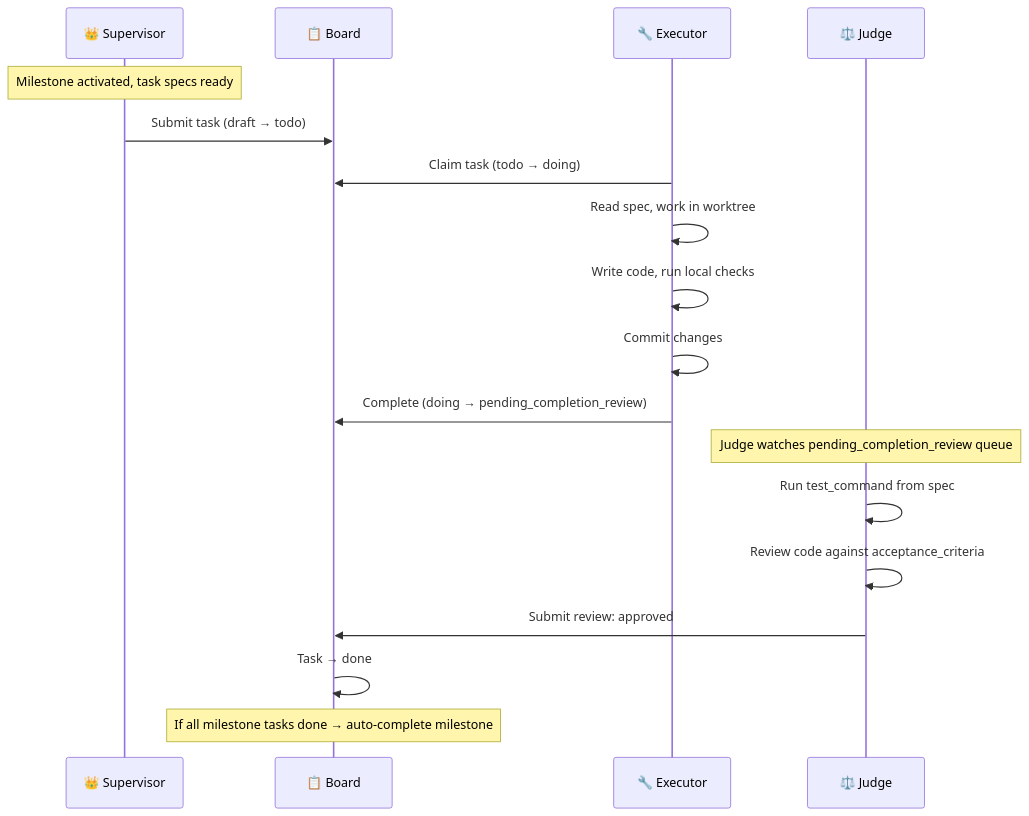
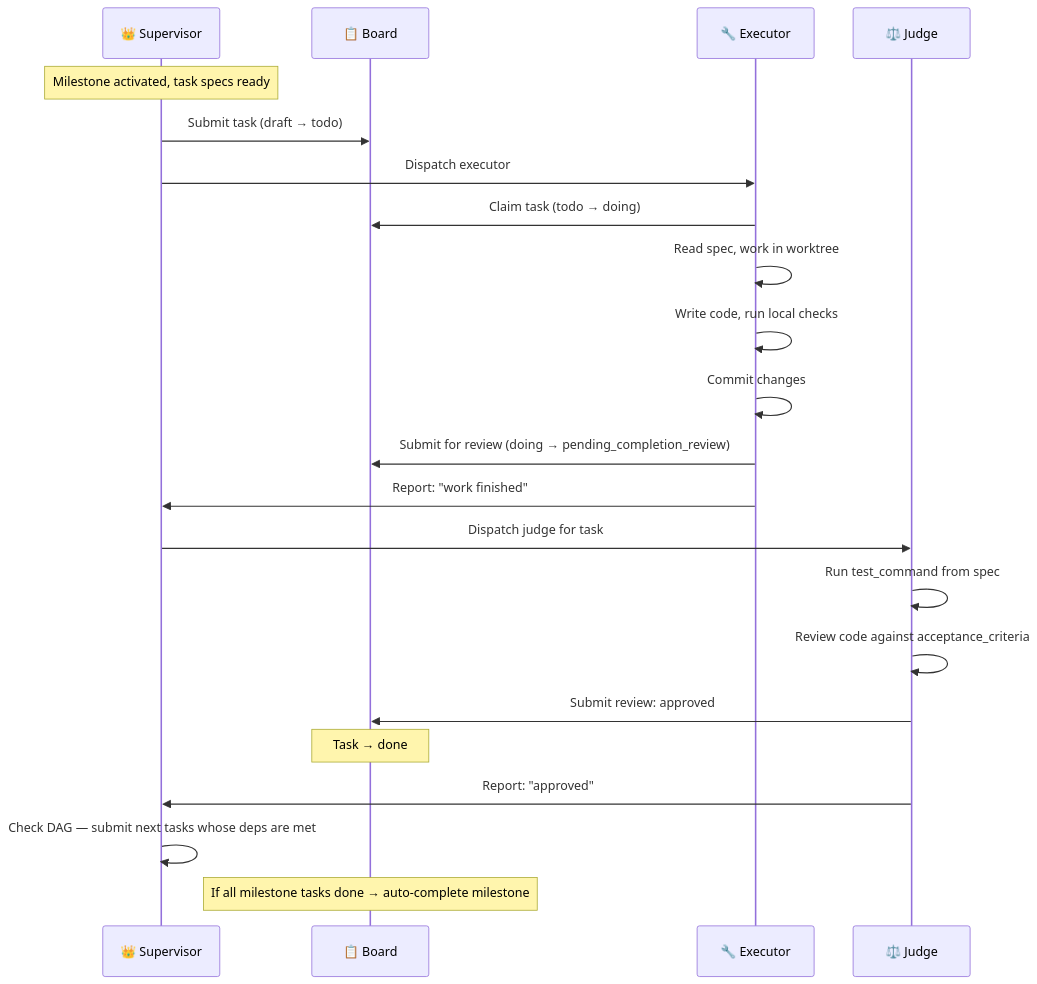
Before and after one commit to vilosource/vtaskforge: the second of 4 diagrams in docs/design/agent-execution-process-DESIGN.md, drawn with Mermaid. The commit also changed other lines of this file, not shown here.

First line of the commit message:
Fix agent execution diagrams: supervisor dispatches, never verifies

````diff
--- a/docs/design/agent-execution-process-DESIGN.md
+++ b/docs/design/agent-execution-process-DESIGN.md
@@ -98,25 +98,29 @@
 ```mermaid
 sequenceDiagram
     participant S as 👑 Supervisor
     participant B as 📋 Board
     participant E as 🔧 Executor
     participant J as ⚖️ Judge
 
     Note over S: Milestone activated, task specs ready
 
     S->>B: Submit task (draft → todo)
+    S->>E: Dispatch executor
     E->>B: Claim task (todo → doing)
     E->>E: Read spec, work in worktree
     E->>E: Write code, run local checks
     E->>E: Commit changes
-    E->>B: Complete (doing → pending_completion_review)
+    E->>B: Submit for review (doing → pending_completion_review)
+    E->>S: Report: "work finished"
 
-    Note over J: Judge watches pending_completion_review queue
-
+    S->>J: Dispatch judge for task
     J->>J: Run test_command from spec
     J->>J: Review code against acceptance_criteria
     J->>B: Submit review: approved
-    B->>B: Task → done
+    Note over B: Task → done
+    J->>S: Report: "approved"
+
+    S->>S: Check DAG — submit next tasks whose deps are met
 
     Note over B: If all milestone tasks done → auto-complete milestone
 ```
````
